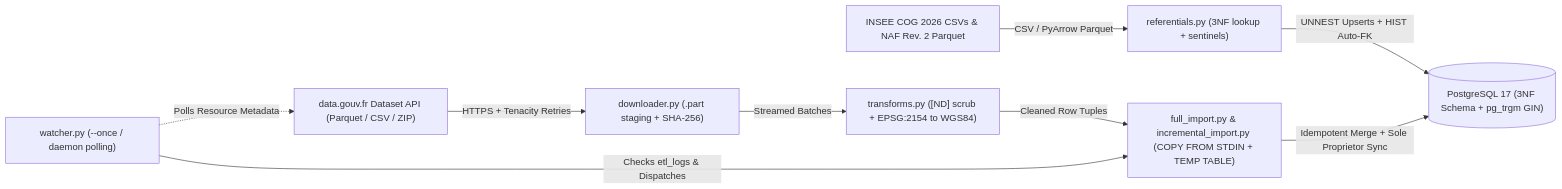
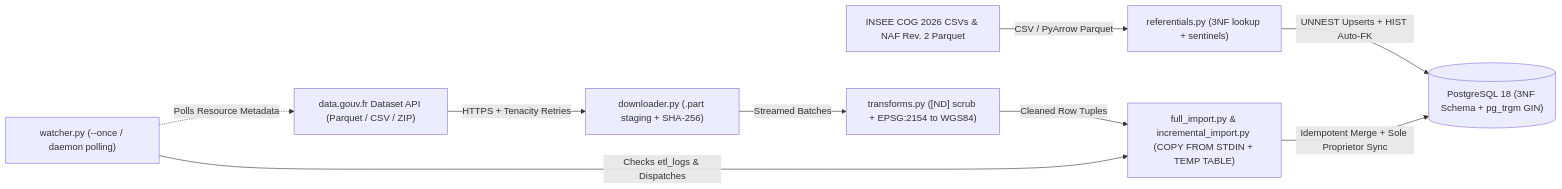
One commit to jmrenouard/test_db changed the first of 2 diagrams in documentation/en/sirene_platform.md. Above: the diagram before and after it, drawn with Mermaid. The commit also changed other lines of this file and 25 other files, not shown here.

Commit message:
feat(sirene): migrate to PostgreSQL 18 and add multi-master qualification probe

````diff
--- a/documentation/en/sirene_platform.md
+++ b/documentation/en/sirene_platform.md
@@ -16,11 +16,11 @@
 ```mermaid
 flowchart LR
     DG["data.gouv.fr Dataset API (Parquet / CSV / ZIP)"] -->|"HTTPS + Tenacity Retries"| DL["downloader.py (.part staging + SHA-256)"]
     COG["INSEE COG 2026 CSVs & NAF Rev. 2 Parquet"] -->|"CSV / PyArrow Parquet"| REF["referentials.py (3NF lookup + sentinels)"]
     DL -->|"Streamed Batches"| TR["transforms.py ([ND] scrub + EPSG:2154 to WGS84)"]
     TR -->|"Cleaned Row Tuples"| ING["full_import.py & incremental_import.py (COPY FROM STDIN + TEMP TABLE)"]
-    REF -->|"UNNEST Upserts + HIST Auto-FK"| PG[("PostgreSQL 17 (3NF Schema + pg_trgm GIN)")]
+    REF -->|"UNNEST Upserts + HIST Auto-FK"| PG[("PostgreSQL 18 (3NF Schema + pg_trgm GIN)")]
     ING -->|"Idempotent Merge + Sole Proprietor Sync"| PG
     WATCH["watcher.py (--once / daemon polling)"] -->|"Checks etl_logs & Dispatches"| ING
     WATCH -.->|"Polls Resource Metadata"| DG
 ```
````
